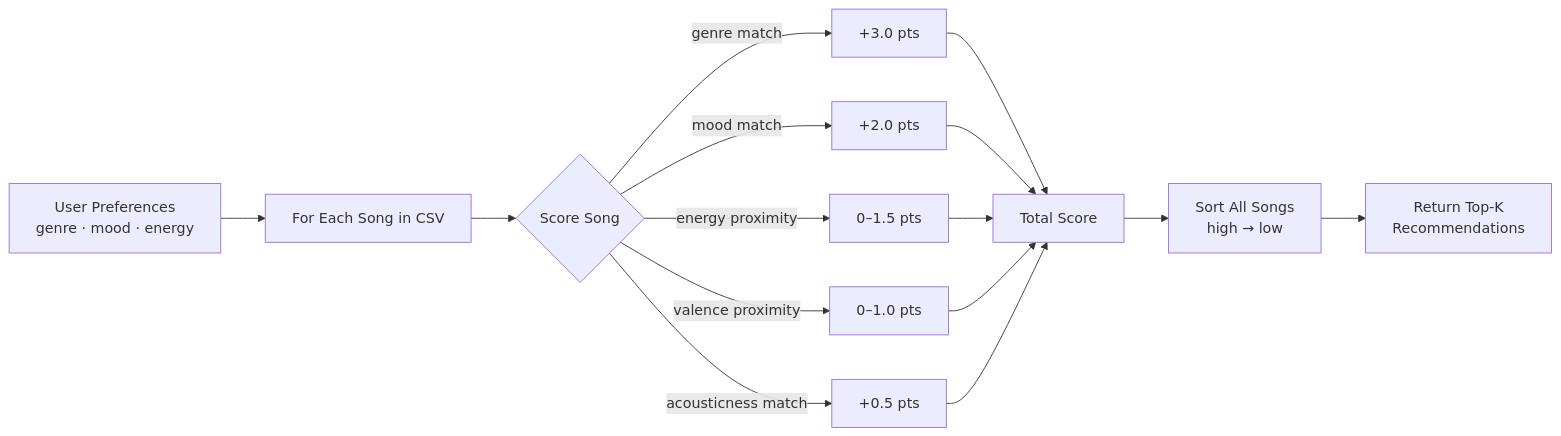
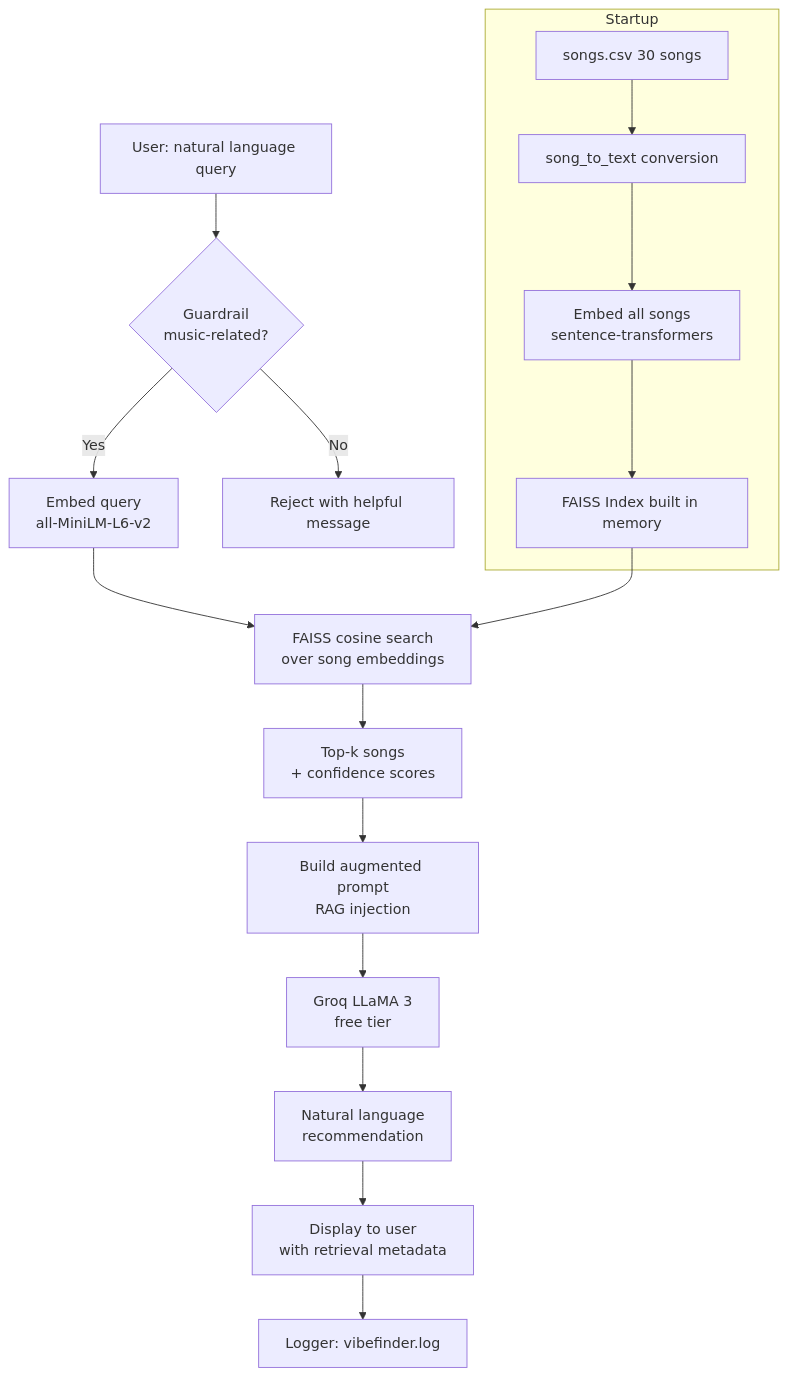
One commit to azaIea1/ai110-module3show-musicrecommendersimulation-starter changed the diagram in README.md. Above: the diagram before and after it, drawn with Mermaid. The commit also changed other lines of this file and 11 other files, not shown here.

Commit message:
Add RAG pipeline with FAISS retrieval, Groq LLaMA 3, guardrails, tests, and updated docs

````diff
--- a/README.md
+++ b/README.md
@@ -50,13 +75,20 @@
 ```mermaid
-flowchart LR
-    A[User Preferences\ngenre · mood · energy] --> B[For Each Song in CSV]
-    B --> C{Score Song}
-    C -->|genre match| D[+3.0 pts]
-    C -->|mood match| E[+2.0 pts]
-    C -->|energy proximity| F[0–1.5 pts]
-    C -->|valence proximity| G[0–1.0 pts]
-    C -->|acousticness match| H[+0.5 pts]
-    D & E & F & G & H --> I[Total Score]
-    I --> J[Sort All Songs\nhigh → low]
-    J --> K[Return Top-K\nRecommendations]
+flowchart TD
+    A[User: natural language query] --> B{Guardrail\nmusic-related?}
+    B -- No --> Z[Reject with helpful message]
+    B -- Yes --> C[Embed query\nall-MiniLM-L6-v2]
+    C --> D[FAISS cosine search\nover song embeddings]
+    D --> E[Top-k songs\n+ confidence scores]
+    E --> F[Build augmented prompt\nRAG injection]
+    F --> G[Groq LLaMA 3\nfree tier]
+    G --> H[Natural language\nrecommendation]
+    H --> I[Display to user\nwith retrieval metadata]
+    I --> J[Logger: vibefinder.log]
+
+    subgraph Startup
+        K[songs.csv 30 songs] --> L[song_to_text conversion]
+        L --> M[Embed all songs\nsentence-transformers]
+        M --> N[FAISS Index built in memory]
+    end
+    N --> D
 ```
````
